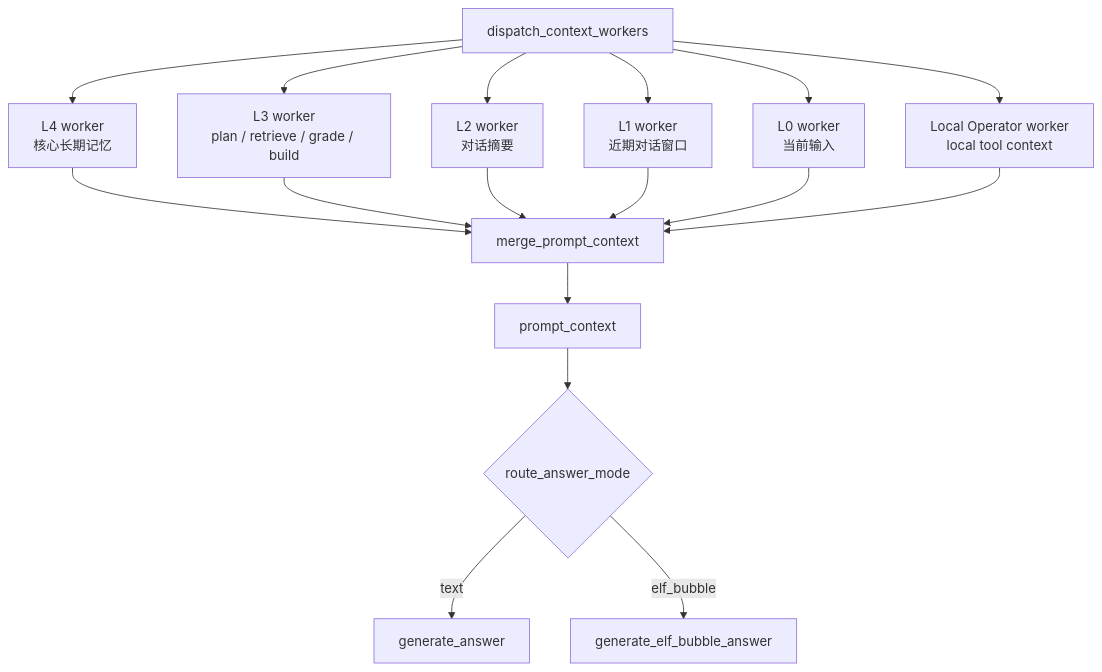
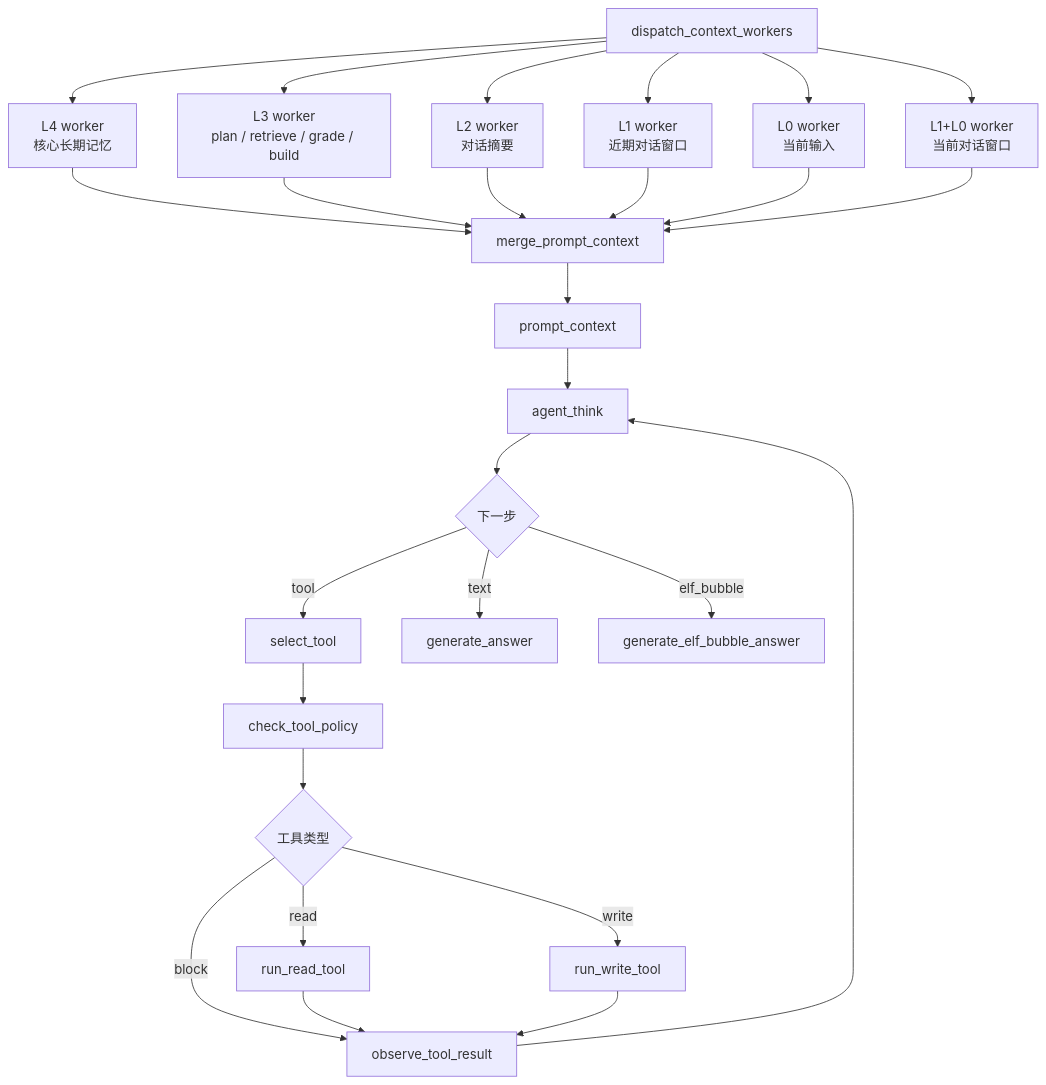
The second of 5 diagrams in docs/agent/memory-chat-graph.md (LiuJiaxuan1024/AiMemo), drawn with Mermaid before and after one commit. The commit also changed other lines of this file and 26 other files, not shown here.

````diff
--- a/docs/agent/memory-chat-graph.md
+++ b/docs/agent/memory-chat-graph.md
@@ -376,21 +486,31 @@
 ```mermaid
 flowchart TD
     Dispatch[dispatch_context_workers] --> L4[L4 worker<br/>核心长期记忆]
     Dispatch --> L3[L3 worker<br/>plan / retrieve / grade / build]
     Dispatch --> L2[L2 worker<br/>对话摘要]
     Dispatch --> L1[L1 worker<br/>近期对话窗口]
     Dispatch --> L0[L0 worker<br/>当前输入]
-    Dispatch --> LocalOperator[Local Operator worker<br/>local tool context]
+    Dispatch --> Window[L1+L0 worker<br/>当前对话窗口]
 
     L4 --> Merge[merge_prompt_context]
     L3 --> Merge
     L2 --> Merge
     L1 --> Merge
     L0 --> Merge
-    LocalOperator --> Merge
+    Window --> Merge
 
     Merge --> Prompt[prompt_context]
-    Prompt --> RouteAnswer{route_answer_mode}
-    RouteAnswer -->|text| Generate[generate_answer]
-    RouteAnswer -->|elf_bubble| BubbleGenerate[generate_elf_bubble_answer]
+    Prompt --> AgentThink[agent_think]
+    AgentThink --> Route{下一步}
+    Route -->|tool| Select[select_tool]
+    Select --> Policy[check_tool_policy]
+    Policy --> ToolRoute{工具类型}
+    ToolRoute -->|read| RunRead[run_read_tool]
+    ToolRoute -->|write| RunWrite[run_write_tool]
+    ToolRoute -->|block| Observe[observe_tool_result]
+    RunRead --> Observe
+    RunWrite --> Observe
+    Observe --> AgentThink
+    Route -->|text| Generate[generate_answer]
+    Route -->|elf_bubble| BubbleGenerate[generate_elf_bubble_answer]
 ```
````
